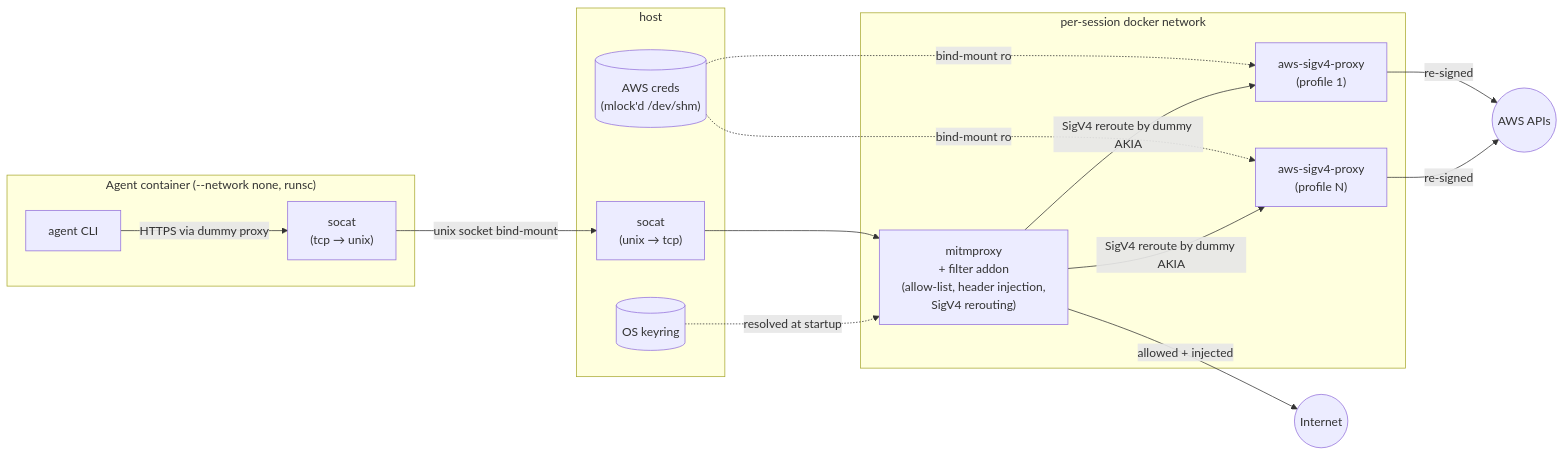
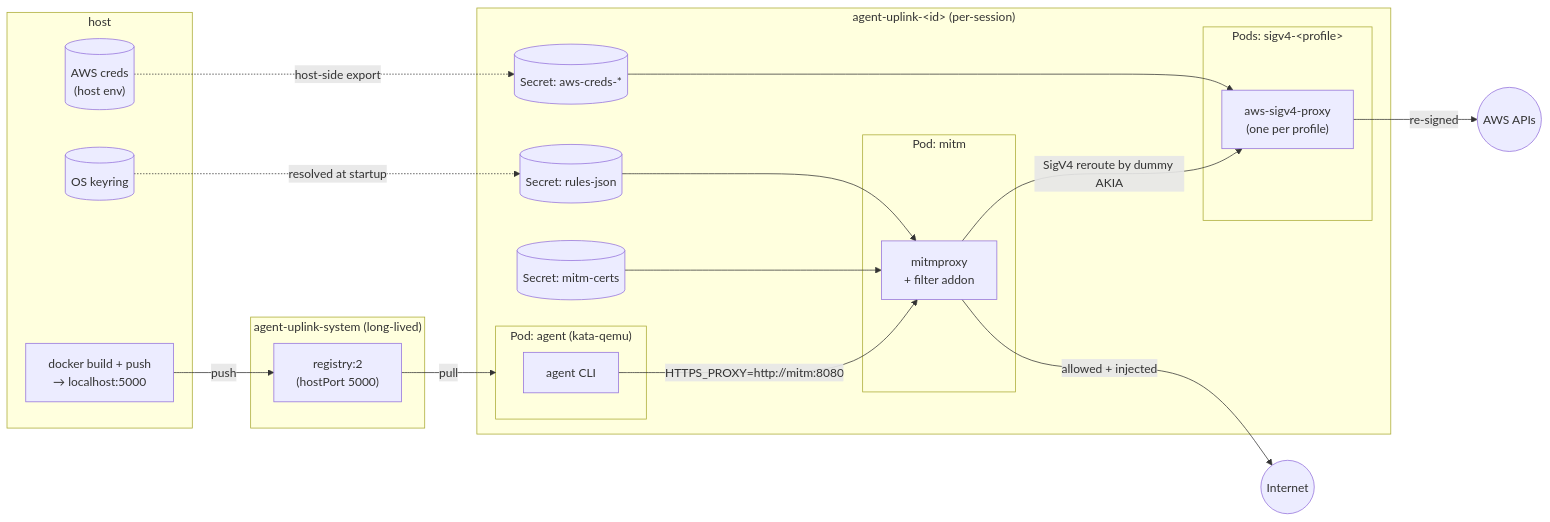
One commit to hoo29/agent-uplink changed the diagram in README.md. Above: the diagram before and after it, drawn with Mermaid. The commit also changed other lines of this file and 16 other files, not shown here.

````diff
--- a/README.md
+++ b/README.md
@@ -13,34 +13,42 @@
 ```mermaid
 flowchart LR
     subgraph host["host"]
         keyring[("OS keyring")]
-        awscreds[("AWS creds<br/>(mlock'd /dev/shm)")]
-        socat["socat<br/>(unix → tcp)"]
+        awscreds[("AWS creds<br/>(host env)")]
+        dockerd["docker build + push<br/>→ localhost:5000"]
     end
 
-    subgraph agent_ctr["Agent container (--network none, runsc)"]
-        agent["agent CLI"]
-        csocat["socat<br/>(tcp → unix)"]
-        agent -->|HTTPS via dummy proxy| csocat
+    subgraph registry_ns["agent-uplink-system (long-lived)"]
+        registry["registry:2<br/>(hostPort 5000)"]
     end
 
-    subgraph dnet["per-session docker network"]
-        mitm["mitmproxy<br/>+ filter addon<br/>(allow-list, header injection,<br/>SigV4 rerouting)"]
-        sidecar1["aws-sigv4-proxy<br/>(profile 1)"]
-        sidecarN["aws-sigv4-proxy<br/>(profile N)"]
+    subgraph session_ns["agent-uplink-&lt;id&gt; (per-session)"]
+        subgraph agent_pod["Pod: agent (kata-qemu)"]
+            agent["agent CLI"]
+        end
+        subgraph mitm_pod["Pod: mitm"]
+            mitm["mitmproxy<br/>+ filter addon"]
+        end
+        subgraph sigv4_pods["Pods: sigv4-&lt;profile&gt;"]
+            sidecar["aws-sigv4-proxy<br/>(one per profile)"]
+        end
+        rules[("Secret: rules-json")]
+        certs[("Secret: mitm-certs")]
+        creds[("Secret: aws-creds-*")]
     end
 
     internet(("Internet"))
     aws(("AWS APIs"))
 
-    csocat -->|unix socket bind-mount| socat
-    socat --> mitm
-    keyring -.->|resolved at startup| mitm
-    awscreds -.->|bind-mount ro| sidecar1
-    awscreds -.->|bind-mount ro| sidecarN
+    dockerd -->|push| registry
+    registry -->|pull| agent_pod
+    keyring -.->|resolved at startup| rules
+    awscreds -.->|host-side export| creds
+    rules --> mitm
+    certs --> mitm
+    creds --> sidecar
+    agent -->|HTTPS_PROXY=http://mitm:8080| mitm
     mitm -->|allowed + injected| internet
-    mitm -->|SigV4 reroute by dummy AKIA| sidecar1
-    mitm -->|SigV4 reroute by dummy AKIA| sidecarN
-    sidecar1 -->|re-signed| aws
-    sidecarN -->|re-signed| aws
+    mitm -->|SigV4 reroute by dummy AKIA| sidecar
+    sidecar -->|re-signed| aws
 ```
````
